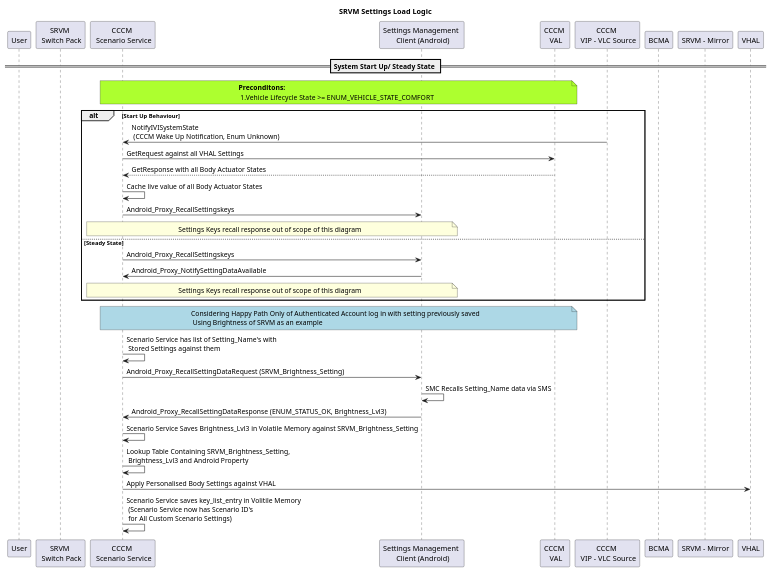
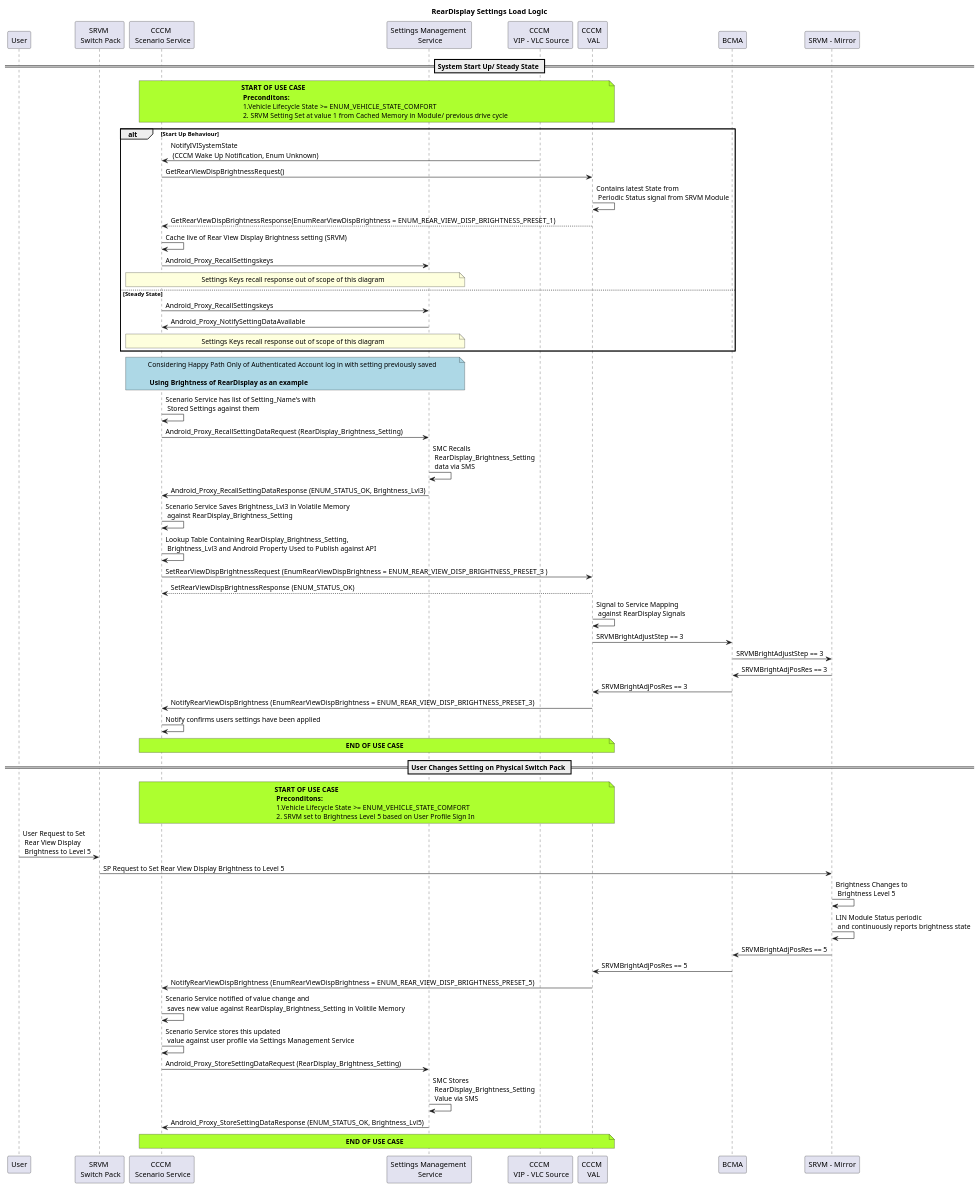
Before and after one commit to JamesLewis1998/Software_UpSkilling_Workspace: the diagram in PlantMUL_Architecture_Sequencing/ADAS_Systems/SRVM_SettingLoad_SequenceDiagram.puml, drawn with PlantUML.

Commit message:
Sequence Diagram update with steady state and start up use case plus settings change in hmi

```diff
--- a/PlantMUL_Architecture_Sequencing/ADAS_Systems/SRVM_SettingLoad_SequenceDiagram.puml
+++ b/PlantMUL_Architecture_Sequencing/ADAS_Systems/SRVM_SettingLoad_SequenceDiagram.puml
@@ -1,43 +1,72 @@
-@startuml 
+@startuml Rear Smart View Mirror Display Settings Personalisation
 
-title SRVM Settings Load Logic
+title RearDisplay Settings Load Logic
 
 participant "User" as U
 participant "SRVM \n Switch Pack" as SP
 participant "CCCM \n Scenario Service" as SS
-participant "Settings Management \n Client (Android)" as SMC
+participant "Settings Management \n Service" as SMC
+participant "CCCM \n VIP - VLC Source" as VIP
 participant "CCCM \n VAL" as VAL
-participant "CCCM \n VIP - VLC Source" as VIP
 participant "BCMA" as BCMA
 participant "SRVM - Mirror" as SRVM 
 
 == System Start Up/ Steady State ==
 
-note over SS,VAL #GreenYellow: **Preconditons:** \n 1.Vehicle Lifecycle State >= ENUM_VEHICLE_STATE_COMFORT 
+note over SS,VAL #GreenYellow: **START OF USE CASE**\n **Preconditons:** \n 1.Vehicle Lifecycle State >= ENUM_VEHICLE_STATE_COMFORT \n 2. SRVM Setting Set at value 1 from Cached Memory in Module/ previous drive cycle
 
         alt Start Up Behaviour
         VIP -> SS: NotifyIVISystemState \n (CCCM Wake Up Notification, Enum Unknown)
-        SS -> VAL: GetRequest against all VHAL Settings
-        VAL --> SS: GetResponse with all Body Actuator States 
-        SS -> SS: Cache live value of all Body Actuator States
+        SS -> VAL: GetRearViewDispBrightnessRequest()
+                        VAL -> VAL: Contains latest State from \n Periodic Status signal from SRVM Module
+        VAL --> SS: GetRearViewDispBrightnessResponse(EnumRearViewDispBrightness   = ENUM_REAR_VIEW_DISP_BRIGHTNESS_PRESET_1)
+        SS -> SS: Cache live of Rear View Display Brightness setting (SRVM)
         SS -> SMC: Android_Proxy_RecallSettingskeys 
         note over SS,SMC: Settings Keys recall response out of scope of this diagram
         else Steady State
         SS -> SMC: Android_Proxy_RecallSettingskeys 
         SMC -> SS: Android_Proxy_NotifySettingDataAvailable
         note over SS,SMC: Settings Keys recall response out of scope of this diagram
         end
 
-note over SS,VAL #LightBlue: Considering Happy Path Only of Authenticated Account log in with setting previously saved \n Using Brightness of SRVM as an example
+note over SS,SMC #LightBlue: Considering Happy Path Only of Authenticated Account log in with setting previously saved \n\n **Using Brightness of RearDisplay as an example**
 
         SS -> SS: Scenario Service has list of Setting_Name's with \n Stored Settings against them
-                    SS -> SMC: Android_Proxy_RecallSettingDataRequest (SRVM_Brightness_Setting) 
-                    SMC -> SMC: SMC Recalls Setting_Name data via SMS 
+                    SS -> SMC: Android_Proxy_RecallSettingDataRequest (RearDisplay_Brightness_Setting) 
+                    SMC -> SMC: SMC Recalls \n RearDisplay_Brightness_Setting \n data via SMS 
                     SMC -> SS: Android_Proxy_RecallSettingDataResponse (ENUM_STATUS_OK, Brightness_Lvl3)
-                    SS -> SS: Scenario Service Saves Brightness_Lvl3 in Volatile Memory against SRVM_Brightness_Setting
-                    SS -> SS: Lookup Table Containing SRVM_Brightness_Setting, \n Brightness_Lvl3 and Android Property
-                    SS -> VHAL: Apply Personalised Body Settings against VHAL
-        SS -> SS: Scenario Service saves key_list_entry in Volitile Memory \n (Scenario Service now has Scenario ID's \n for All Custom Scenario Settings)
+                    SS -> SS: Scenario Service Saves Brightness_Lvl3 in Volatile Memory \n against RearDisplay_Brightness_Setting
+                    SS -> SS: Lookup Table Containing RearDisplay_Brightness_Setting, \n Brightness_Lvl3 and Android Property Used to Publish against API
+                    SS -> VAL: SetRearViewDispBrightnessRequest (EnumRearViewDispBrightness   = ENUM_REAR_VIEW_DISP_BRIGHTNESS_PRESET_3 )
+                    VAL --> SS: SetRearViewDispBrightnessResponse (ENUM_STATUS_OK)
+                    VAL -> VAL: Signal to Service Mapping \n against RearDisplay Signals
+                        VAL -> BCMA: SRVMBrightAdjustStep == 3
+                        BCMA -> SRVM: SRVMBrightAdjustStep == 3
+                        SRVM -> BCMA: SRVMBrightAdjPosRes == 3
+                        BCMA -> VAL:  SRVMBrightAdjPosRes == 3
+                        VAL -> SS: NotifyRearViewDispBrightness (EnumRearViewDispBrightness   = ENUM_REAR_VIEW_DISP_BRIGHTNESS_PRESET_3)
+                    SS -> SS: Notify confirms users settings have been applied
+
+note over SS,VAL #GreenYellow: **END OF USE CASE**
+
+== User Changes Setting on Physical Switch Pack ==
+
+note over SS,VAL #GreenYellow: **START OF USE CASE**\n **Preconditons:** \n 1.Vehicle Lifecycle State >= ENUM_VEHICLE_STATE_COMFORT \n 2. SRVM set to Brightness Level 5 based on User Profile Sign In
 
 
+        U -> SP: User Request to Set \n Rear View Display \n Brightness to Level 5
+                SP -> SRVM: SP Request to Set Rear View Display Brightness to Level 5
+                SRVM -> SRVM: Brightness Changes to \n Brightness Level 5
+                SRVM -> SRVM: LIN Module Status periodic \n and continuously reports brightness state
+                        SRVM -> BCMA: SRVMBrightAdjPosRes == 5
+                BCMA -> VAL:  SRVMBrightAdjPosRes == 5
+                VAL -> SS: NotifyRearViewDispBrightness (EnumRearViewDispBrightness   = ENUM_REAR_VIEW_DISP_BRIGHTNESS_PRESET_5)
+                SS -> SS: Scenario Service notified of value change and \n saves new value against RearDisplay_Brightness_Setting in Volitile Memory
+                SS -> SS: Scenario Service stores this updated \n value against user profile via Settings Management Service
+                SS -> SMC: Android_Proxy_StoreSettingDataRequest (RearDisplay_Brightness_Setting) 
+                SMC -> SMC: SMC Stores \n RearDisplay_Brightness_Setting \n Value via SMS 
+                SMC -> SS: Android_Proxy_StoreSettingDataResponse (ENUM_STATUS_OK, Brightness_Lvl5)
+
+note over SS,VAL #GreenYellow: **END OF USE CASE**
+
 @enduml
```
